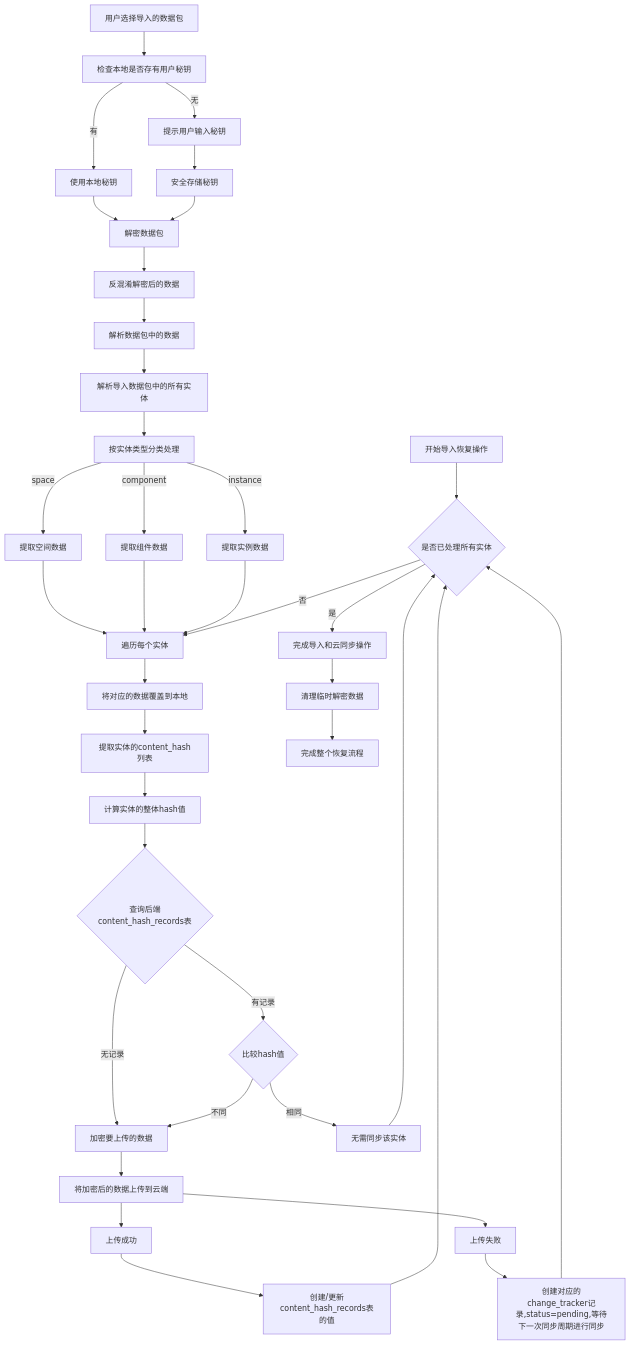
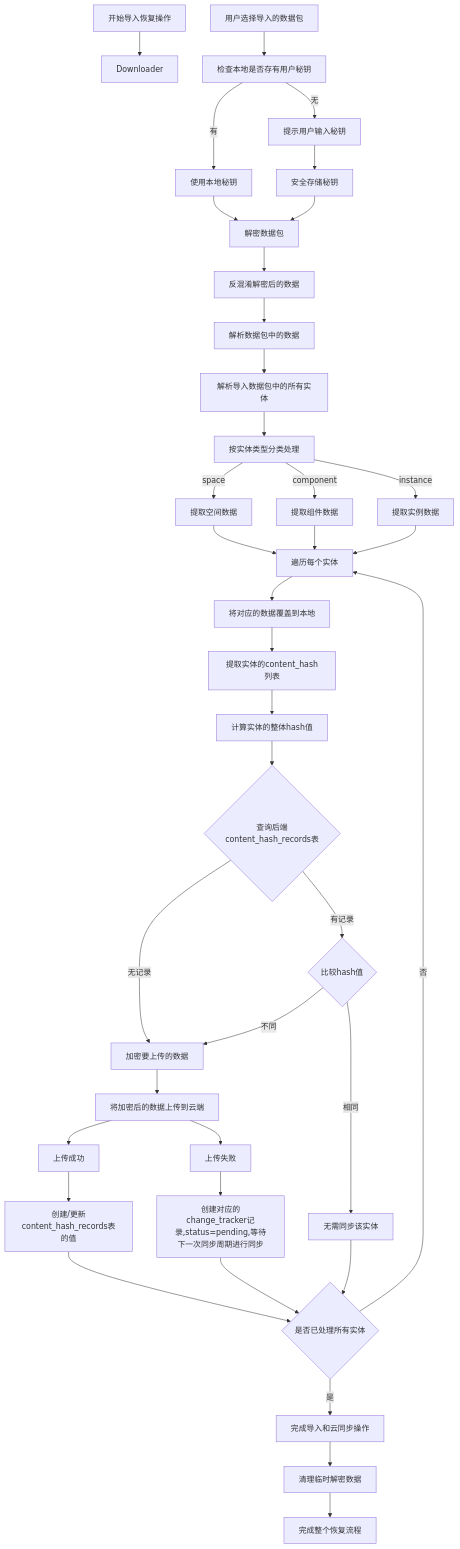
The diagram in all/未命名-47.md (yingjianzh/iodraw-files), drawn with Mermaid before and after one commit.

Commit message:
2025-04-29 14:30:59 update

````diff
--- a/all/未命名-47.md
+++ b/all/未命名-47.md
@@ -1,60 +1,60 @@
 ```mermaid
 
 flowchart TD
-    A[开始导入恢复操作] --> S
+    A[开始导入恢复操作] --> Downloader
     B[用户选择导入的数据包]
     B --> B1[检查本地是否存有用户秘钥]
     
     B1 -->|有| B3[使用本地秘钥]
     B1 -->|无| B4[提示用户输入秘钥]
 
 
     B4 --> B8[安全存储秘钥]
     B3 --> B10[解密数据包]
     B8 --> B10
     
     B10 --> B11[反混淆解密后的数据]
     B11 --> C[解析数据包中的数据]
     
     C --> D[解析导入数据包中的所有实体]
     D --> G[按实体类型分类处理]
     
     G -->|space| H1[提取空间数据]
     G -->|component| H2[提取组件数据]
     G -->|instance| H3[提取实例数据]
     
     H1 --> I[遍历每个实体]
     H2 --> I
     H3 --> I
     
     I --> Save[将对应的数据覆盖到本地]
     Save --> J[提取实体的content_hash列表]
     J --> K[计算实体的整体hash值]
     
     K --> L{查询后端content_hash_records表}
     L -->|无记录| M1[加密要上传的数据]
     M1 --> M1a[将加密后的数据上传到云端]
     M1a --> N1[上传成功]
     M1a --> N2[上传失败]
     
     N2 --> N3[创建对应的change_tracker记录,status=pending,等待下一次同步周期进行同步]
     N3 --> S
     N1 --> M4[创建/更新content_hash_records表的值]
 
 
     L -->|有记录| M2{比较hash值}
     M2 -->|不同| M1
 
     M2 -->|相同| M3[无需同步该实体]
     
     
     M3 --> S{是否已处理所有实体}
     M4 --> S{是否已处理所有实体}
     
     S -->|否| I
     S -->|是| T[完成导入和云同步操作]
     
     T --> U[清理临时解密数据]
     U --> V[完成整个恢复流程]
 
 ```
````
